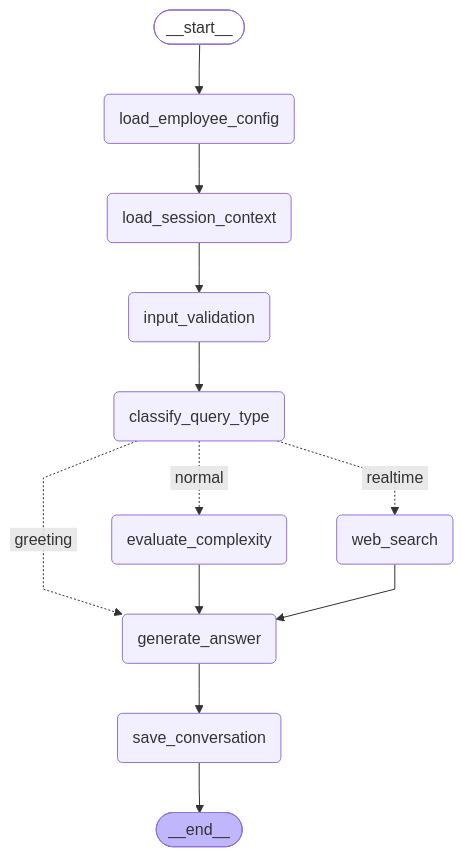
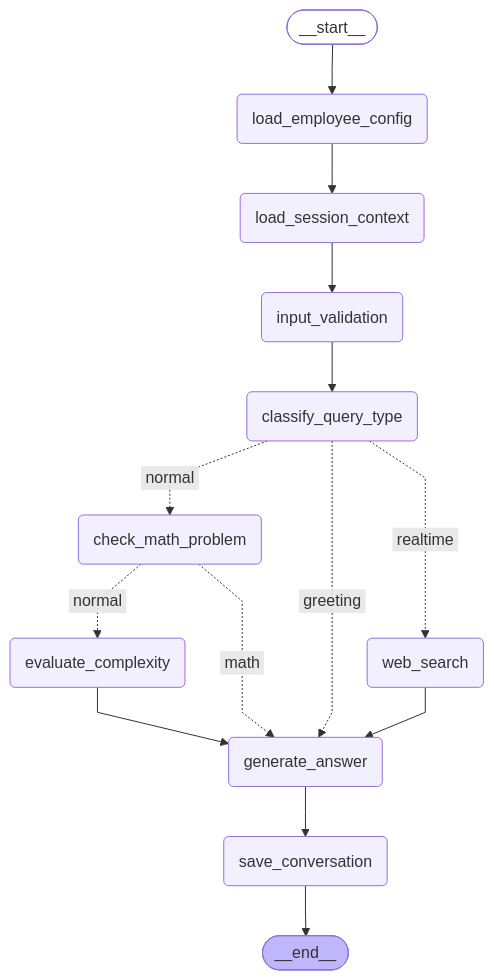
One commit to perfectbullet/ZengKingMorphe changed the diagram in ai-service/graph_debug/crag_graph.mmd. Above: the diagram before and after it, drawn with Mermaid. The commit also changed 15 other files, not shown here.

```diff
--- a/ai-service/graph_debug/crag_graph.mmd
+++ b/ai-service/graph_debug/crag_graph.mmd
@@ -1,30 +1,33 @@
 ---
 config:
   flowchart:
     curve: linear
 ---
 graph TD;
 	__start__([<p>__start__</p>]):::first
 	load_employee_config(load_employee_config)
 	load_session_context(load_session_context)
 	input_validation(input_validation)
 	classify_query_type(classify_query_type)
+	check_math_problem(check_math_problem)
 	evaluate_complexity(evaluate_complexity)
 	web_search(web_search)
 	generate_answer(generate_answer)
 	save_conversation(save_conversation)
 	__end__([<p>__end__</p>]):::last
 	__start__ --> load_employee_config;
-	classify_query_type -. &nbsp;normal&nbsp; .-> evaluate_complexity;
+	check_math_problem -. &nbsp;normal&nbsp; .-> evaluate_complexity;
+	check_math_problem -. &nbsp;math&nbsp; .-> generate_answer;
+	classify_query_type -. &nbsp;normal&nbsp; .-> check_math_problem;
 	classify_query_type -. &nbsp;greeting&nbsp; .-> generate_answer;
 	classify_query_type -. &nbsp;realtime&nbsp; .-> web_search;
 	evaluate_complexity --> generate_answer;
 	generate_answer --> save_conversation;
 	input_validation --> classify_query_type;
 	load_employee_config --> load_session_context;
 	load_session_context --> input_validation;
 	web_search --> generate_answer;
 	save_conversation --> __end__;
 	classDef default fill:#f2f0ff,line-height:1.2
 	classDef first fill-opacity:0
 	classDef last fill:#bfb6fc
```
